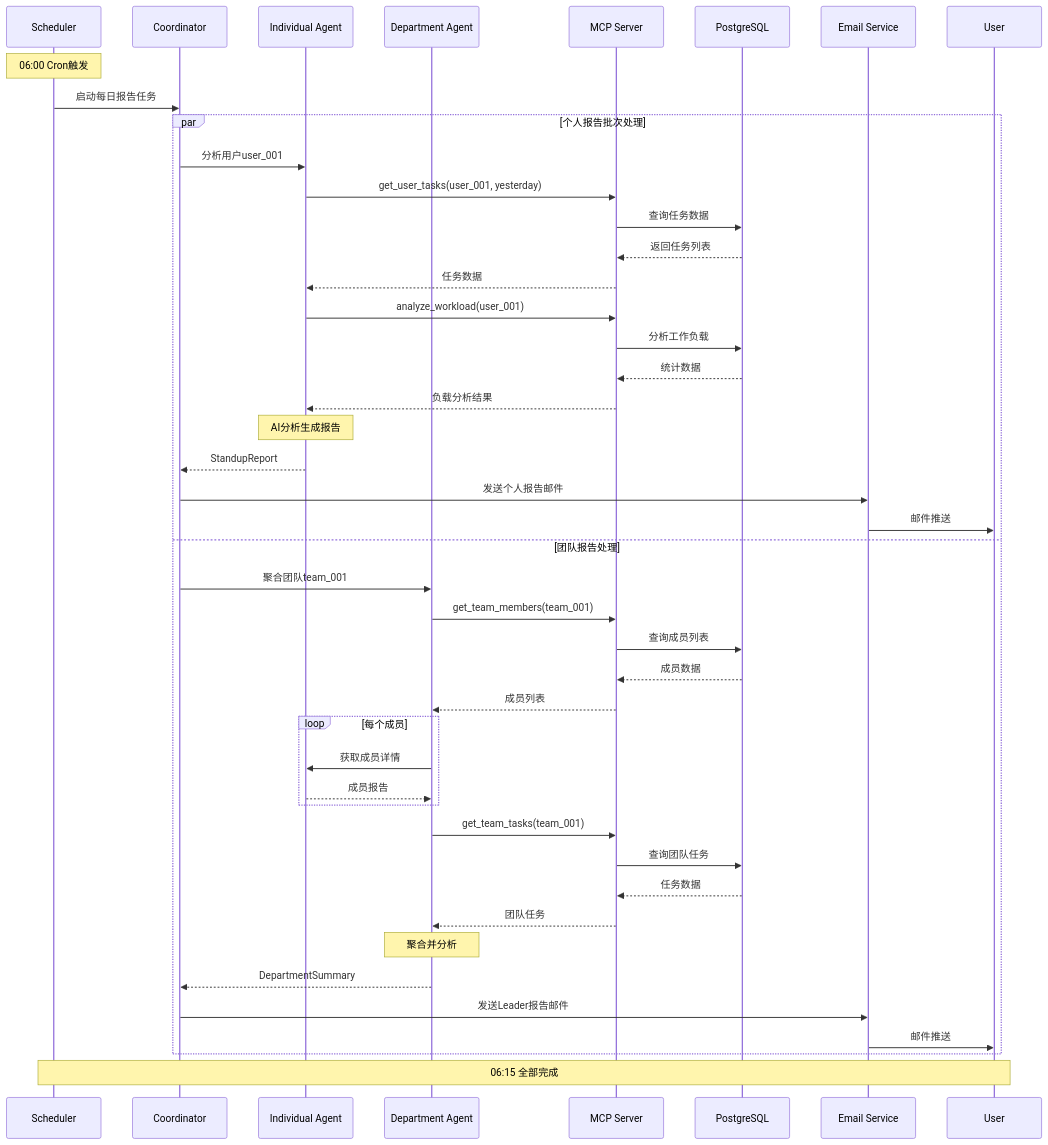
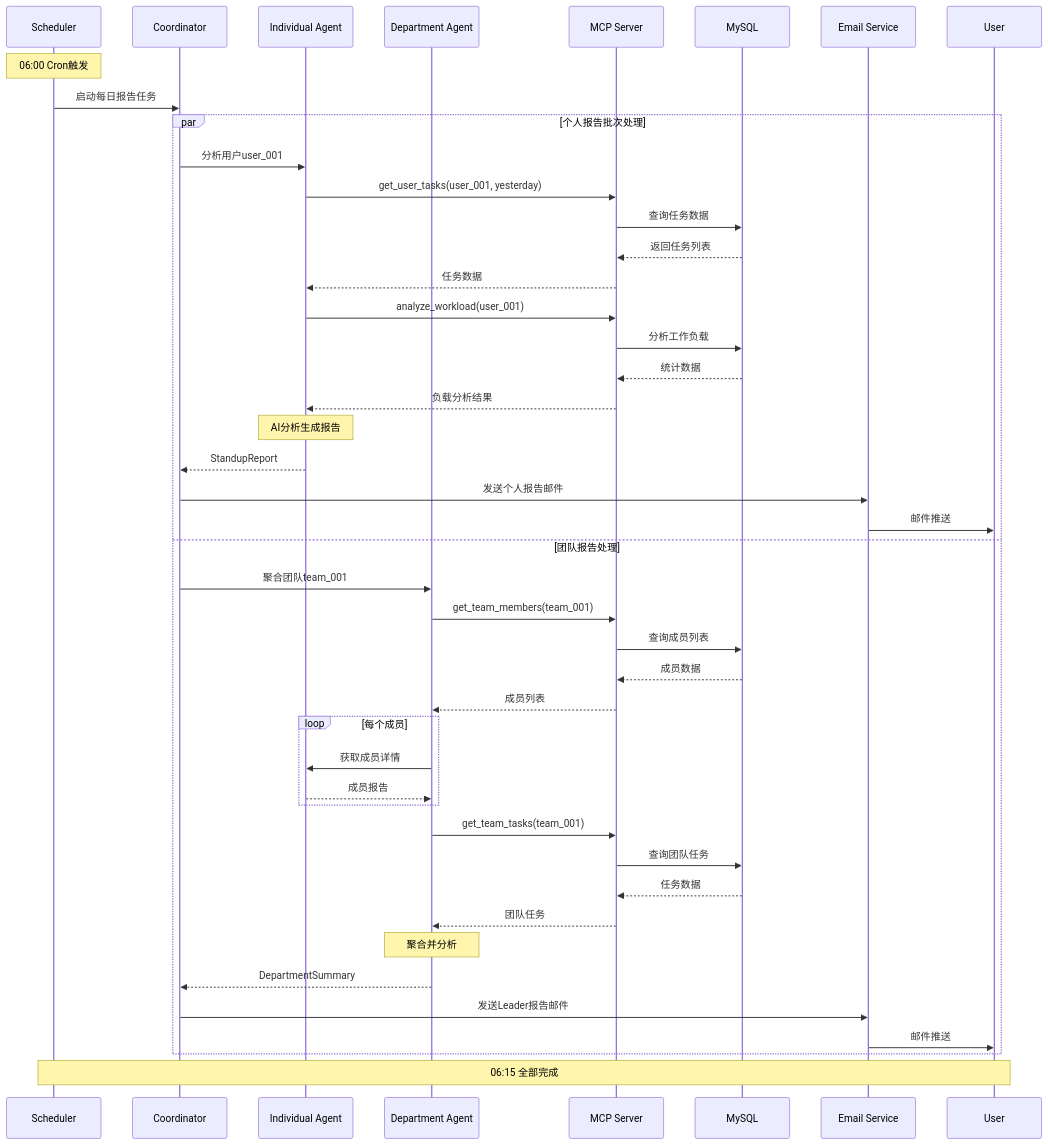
Before and after one commit to mrzhangmian/neturl: the eighth of 9 diagrams in t.md, drawn with Mermaid. The commit also changed other lines of this file, not shown here.

````diff
--- a/t.md
+++ b/t.md
@@ -480,57 +480,57 @@
 ```mermaid
 sequenceDiagram
     participant S as Scheduler
     participant C as Coordinator
     participant IA as Individual Agent
     participant DA as Department Agent
     participant M as MCP Server
-    participant DB as PostgreSQL
+    participant DB as MySQL
     participant E as Email Service
     participant U as User
 
     Note over S: 06:00 Cron触发
     S->>C: 启动每日报告任务
 
     par 个人报告批次处理
         C->>IA: 分析用户user_001
         IA->>M: get_user_tasks(user_001, yesterday)
         M->>DB: 查询任务数据
         DB-->>M: 返回任务列表
         M-->>IA: 任务数据
 
         IA->>M: analyze_workload(user_001)
         M->>DB: 分析工作负载
         DB-->>M: 统计数据
         M-->>IA: 负载分析结果
 
         Note over IA: AI分析生成报告
         IA-->>C: StandupReport
 
         C->>E: 发送个人报告邮件
         E->>U: 邮件推送
     and 团队报告处理
         C->>DA: 聚合团队team_001
         DA->>M: get_team_members(team_001)
         M->>DB: 查询成员列表
         DB-->>M: 成员数据
         M-->>DA: 成员列表
 
         loop 每个成员
             DA->>IA: 获取成员详情
             IA-->>DA: 成员报告
         end
 
         DA->>M: get_team_tasks(team_001)
         M->>DB: 查询团队任务
         DB-->>M: 任务数据
         M-->>DA: 团队任务
 
         Note over DA: 聚合并分析
         DA-->>C: DepartmentSummary
 
         C->>E: 发送Leader报告邮件
         E->>U: 邮件推送
     end
 
     Note over S,U: 06:15 全部完成
 ```
````
